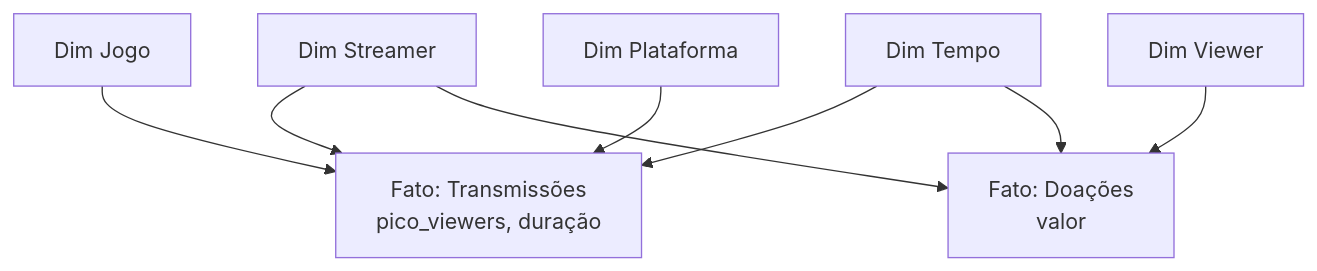
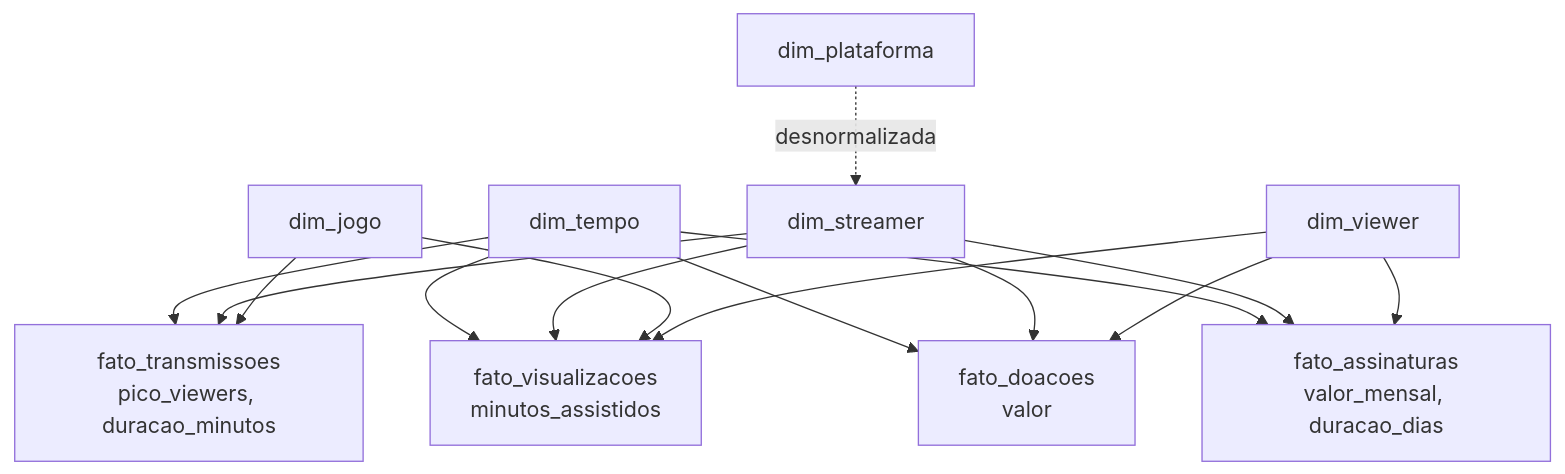
One commit to davinovakoskim-code/projeto-final-eng-dados changed the diagram in docs/gold.md. Above: the diagram before and after it, drawn with Mermaid. The commit also changed other lines of this file, not shown here.

````diff
--- a/docs/gold.md
+++ b/docs/gold.md
@@ -12,18 +12,19 @@
 ```mermaid
 flowchart TB
-    F_TRANS[Fato: Transmissões<br/>pico_viewers, duração]
-    F_DOA[Fato: Doações<br/>valor]
-    D_STREAMER[Dim Streamer]
-    D_VIEWER[Dim Viewer]
-    D_JOGO[Dim Jogo]
-    D_TEMPO[Dim Tempo]
-    D_PLAT[Dim Plataforma]
+    F_TRANS[fato_transmissoes<br/>pico_viewers, duracao_minutos]
+    F_VIS[fato_visualizacoes<br/>minutos_assistidos]
+    F_DOA[fato_doacoes<br/>valor]
+    F_ASS[fato_assinaturas<br/>valor_mensal, duracao_dias]
 
-    D_STREAMER --> F_TRANS
-    D_JOGO --> F_TRANS
-    D_TEMPO --> F_TRANS
-    D_PLAT --> F_TRANS
-    D_STREAMER --> F_DOA
-    D_VIEWER --> F_DOA
-    D_TEMPO --> F_DOA
+    D_STREAMER[dim_streamer]
+    D_VIEWER[dim_viewer]
+    D_JOGO[dim_jogo]
+    D_TEMPO[dim_tempo]
+    D_PLAT[dim_plataforma]
+
+    D_TEMPO --> F_TRANS & F_VIS & F_DOA & F_ASS
+    D_STREAMER --> F_TRANS & F_VIS & F_DOA & F_ASS
+    D_JOGO --> F_TRANS & F_VIS
+    D_VIEWER --> F_VIS & F_DOA & F_ASS
+    D_PLAT -.desnormalizada.-> D_STREAMER
 ```
````
